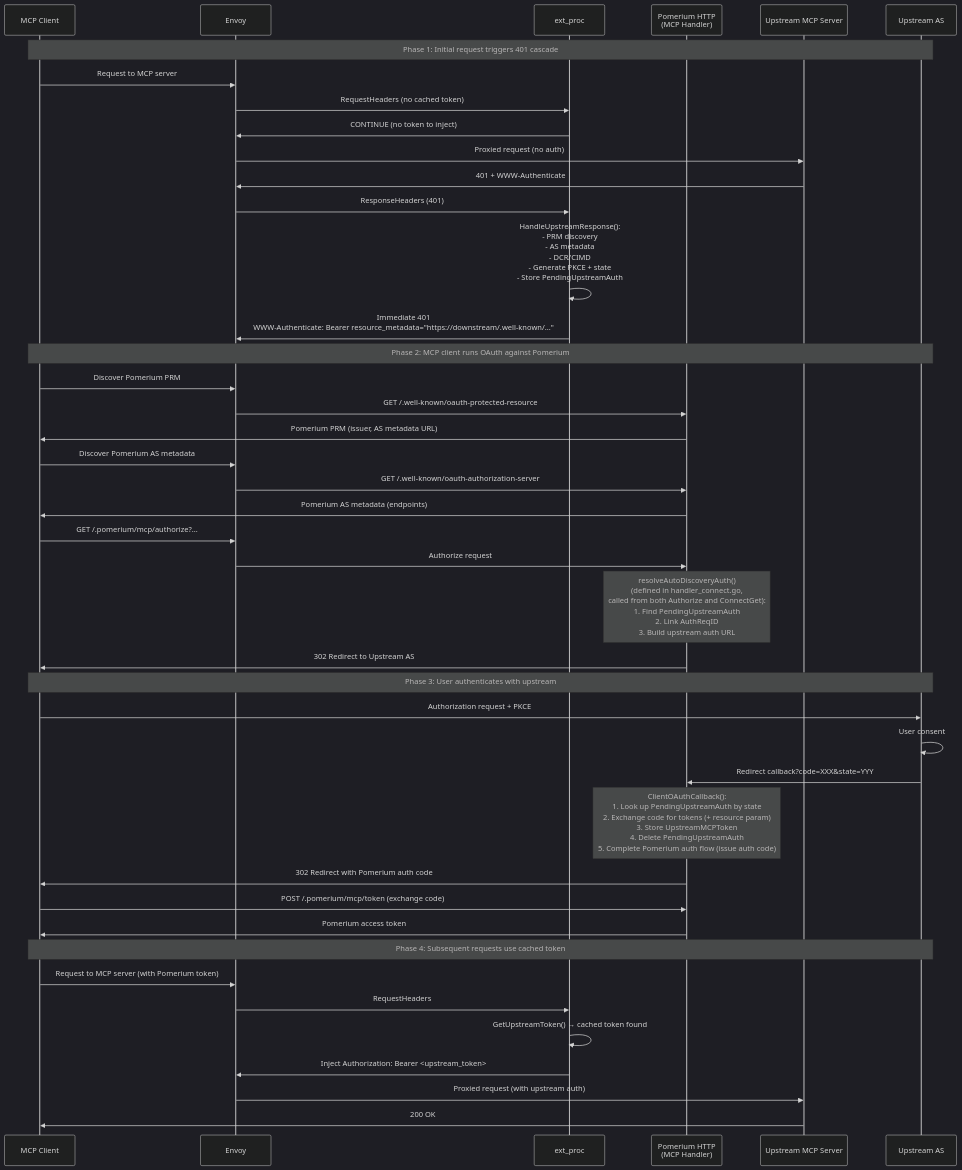
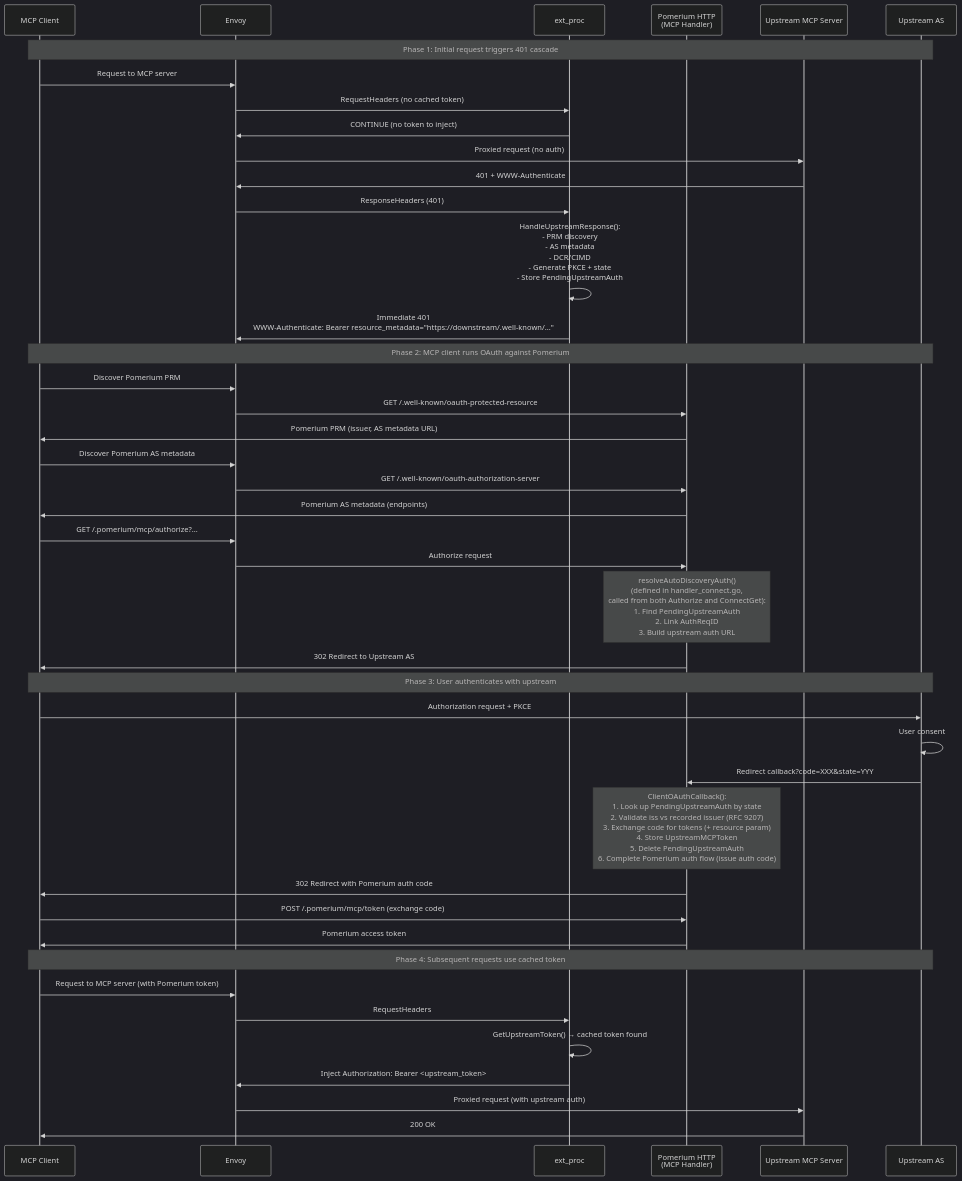
The second of 10 diagrams in internal/mcp/DESIGN.md (pomerium/pomerium), drawn with Mermaid (dark theme) before and after one commit. The commit also changed other lines of this file, not shown here.

````diff
--- a/internal/mcp/DESIGN.md
+++ b/internal/mcp/DESIGN.md
@@ -114,58 +114,58 @@
 ```mermaid
 sequenceDiagram
     participant Client as MCP Client
     participant Envoy
     participant ExtProc as ext_proc
     participant PomHTTP as Pomerium HTTP<br/>(MCP Handler)
     participant UpstreamRS as Upstream MCP Server
     participant UpstreamAS as Upstream AS
 
     Note over Client,UpstreamAS: Phase 1: Initial request triggers 401 cascade
 
     Client->>Envoy: Request to MCP server
     Envoy->>ExtProc: RequestHeaders (no cached token)
     ExtProc->>Envoy: CONTINUE (no token to inject)
     Envoy->>UpstreamRS: Proxied request (no auth)
     UpstreamRS->>Envoy: 401 + WWW-Authenticate
     Envoy->>ExtProc: ResponseHeaders (401)
     ExtProc->>ExtProc: HandleUpstreamResponse():<br/>- PRM discovery<br/>- AS metadata<br/>- DCR/CIMD<br/>- Generate PKCE + state<br/>- Store PendingUpstreamAuth
     ExtProc->>Envoy: Immediate 401<br/>WWW-Authenticate: Bearer resource_metadata="https://downstream/.well-known/..."
 
     Note over Client,UpstreamAS: Phase 2: MCP client runs OAuth against Pomerium
 
     Client->>Envoy: Discover Pomerium PRM
     Envoy->>PomHTTP: GET /.well-known/oauth-protected-resource
     PomHTTP->>Client: Pomerium PRM (issuer, AS metadata URL)
 
     Client->>Envoy: Discover Pomerium AS metadata
     Envoy->>PomHTTP: GET /.well-known/oauth-authorization-server
     PomHTTP->>Client: Pomerium AS metadata (endpoints)
 
     Client->>Envoy: GET /.pomerium/mcp/authorize?...
     Envoy->>PomHTTP: Authorize request
 
     Note over PomHTTP: resolveAutoDiscoveryAuth()<br/>(defined in handler_connect.go,<br/>called from both Authorize and ConnectGet):<br/>1. Find PendingUpstreamAuth<br/>2. Link AuthReqID<br/>3. Build upstream auth URL
 
     PomHTTP->>Client: 302 Redirect to Upstream AS
 
     Note over Client,UpstreamAS: Phase 3: User authenticates with upstream
 
     Client->>UpstreamAS: Authorization request + PKCE
     UpstreamAS->>UpstreamAS: User consent
     UpstreamAS->>PomHTTP: Redirect callback?code=XXX&state=YYY
 
-    Note over PomHTTP: ClientOAuthCallback():<br/>1. Look up PendingUpstreamAuth by state<br/>2. Exchange code for tokens (+ resource param)<br/>3. Store UpstreamMCPToken<br/>4. Delete PendingUpstreamAuth<br/>5. Complete Pomerium auth flow (issue auth code)
+    Note over PomHTTP: ClientOAuthCallback():<br/>1. Look up PendingUpstreamAuth by state<br/>2. Validate iss vs recorded issuer (RFC 9207)<br/>3. Exchange code for tokens (+ resource param)<br/>4. Store UpstreamMCPToken<br/>5. Delete PendingUpstreamAuth<br/>6. Complete Pomerium auth flow (issue auth code)
 
     PomHTTP->>Client: 302 Redirect with Pomerium auth code
     Client->>PomHTTP: POST /.pomerium/mcp/token (exchange code)
     PomHTTP->>Client: Pomerium access token
 
     Note over Client,UpstreamAS: Phase 4: Subsequent requests use cached token
 
     Client->>Envoy: Request to MCP server (with Pomerium token)
     Envoy->>ExtProc: RequestHeaders
     ExtProc->>ExtProc: GetUpstreamToken() → cached token found
     ExtProc->>Envoy: Inject Authorization: Bearer <upstream_token>
     Envoy->>UpstreamRS: Proxied request (with upstream auth)
     UpstreamRS->>Client: 200 OK
 ```
````
